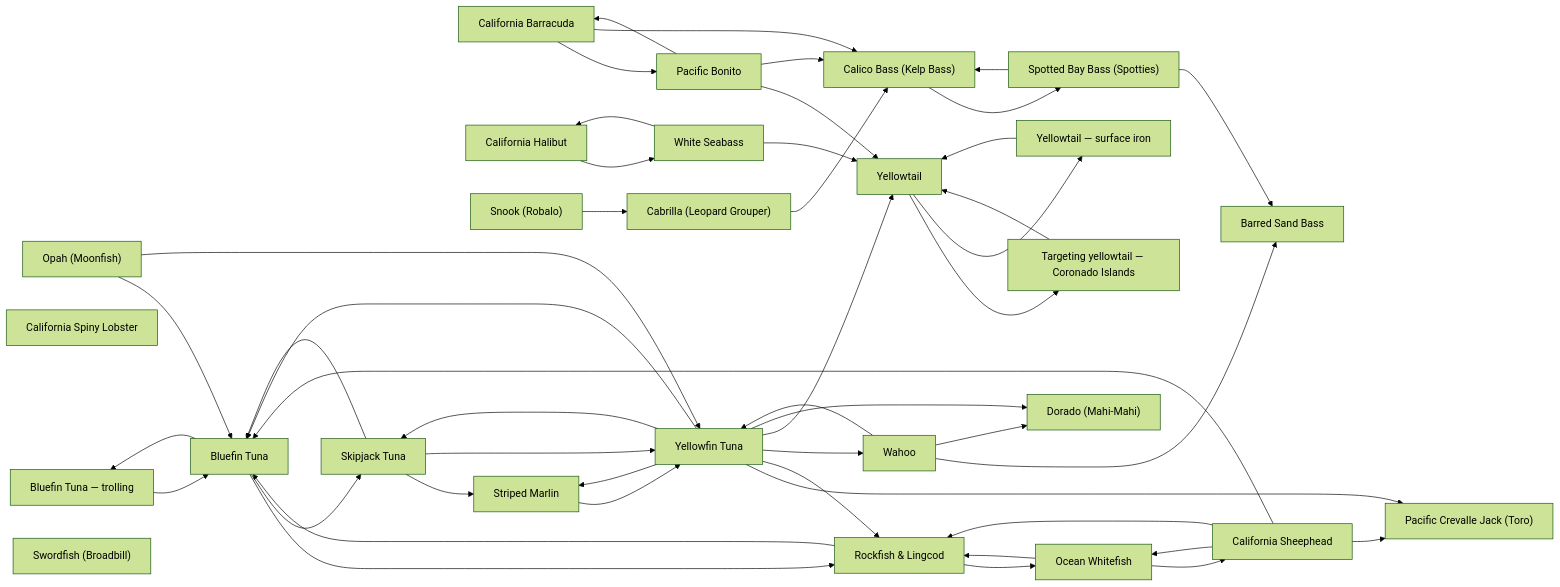
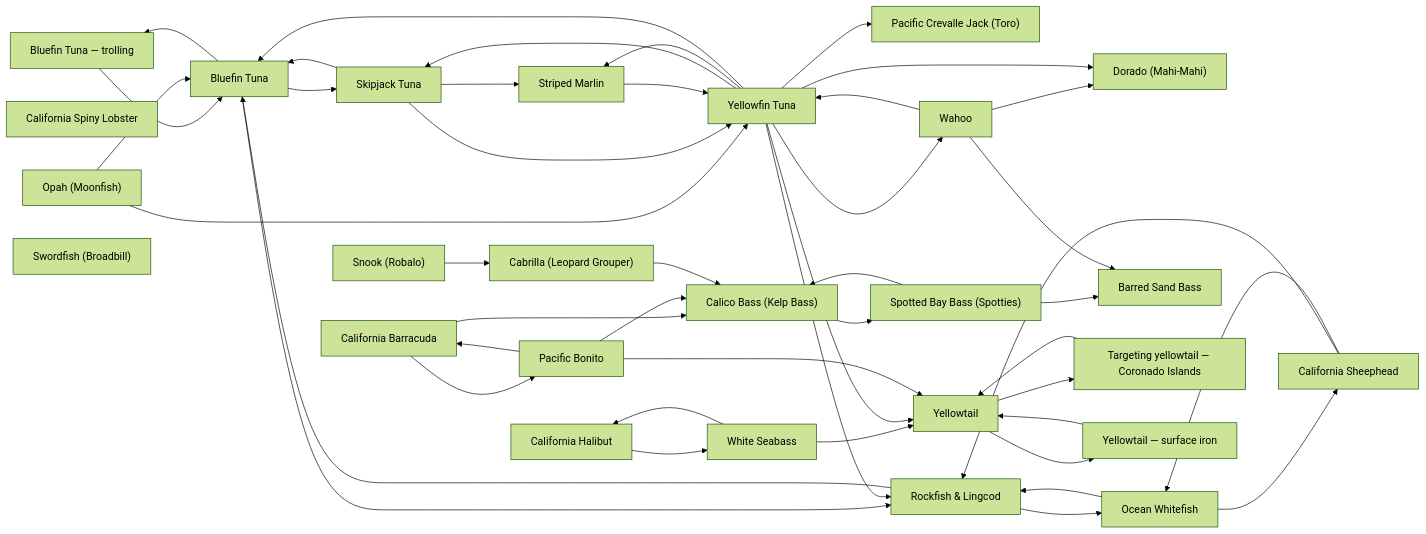
One commit to camchuckpete-max/Socal-Fishing-Knowledge changed the diagram in species/README.md. Above: the diagram before and after it, drawn with Mermaid (forest theme). The commit also changed other lines of this file and 29 other files, not shown here.

````diff
--- a/species/README.md
+++ b/species/README.md
@@ -42,75 +42,73 @@
 ```mermaid
 graph LR
   n0["California Barracuda"]
   n1["Bluefin Tuna — trolling"]
   n2["Bluefin Tuna"]
   n3["Pacific Bonito"]
   n4["Cabrilla (Leopard Grouper)"]
   n5["Calico Bass (Kelp Bass)"]
   n6["California Halibut"]
   n7["California Spiny Lobster"]
   n8["Dorado (Mahi-Mahi)"]
   n9["Ocean Whitefish"]
   n10["Opah (Moonfish)"]
   n11["Pacific Crevalle Jack (Toro)"]
   n12["Rockfish & Lingcod"]
   n13["Barred Sand Bass"]
   n14["California Sheephead"]
   n15["Skipjack Tuna"]
   n16["Snook (Robalo)"]
   n17["Spotted Bay Bass (Spotties)"]
   n18["Striped Marlin"]
   n19["Swordfish (Broadbill)"]
   n20["Wahoo"]
   n21["White Seabass"]
   n22["Yellowfin Tuna"]
   n23["Targeting yellowtail — Coronado Islands"]
   n24["Yellowtail — surface iron"]
   n25["Yellowtail"]
   n0 --> n3
   n0 --> n5
   n1 --> n2
   n10 --> n2
   n10 --> n22
   n12 --> n2
   n12 --> n9
-  n14 --> n11
   n14 --> n12
-  n14 --> n2
   n14 --> n9
   n15 --> n18
   n15 --> n2
   n15 --> n22
   n16 --> n4
   n17 --> n13
   n17 --> n5
   n18 --> n22
   n2 --> n1
   n2 --> n12
   n2 --> n15
   n20 --> n13
   n20 --> n22
   n20 --> n8
   n21 --> n25
   n21 --> n6
   n22 --> n11
   n22 --> n12
   n22 --> n15
   n22 --> n18
   n22 --> n2
   n22 --> n20
   n22 --> n25
   n22 --> n8
   n23 --> n25
   n24 --> n25
   n25 --> n23
   n25 --> n24
   n3 --> n0
   n3 --> n25
   n3 --> n5
   n4 --> n5
   n5 --> n17
   n6 --> n21
   n9 --> n12
   n9 --> n14
 ```
````
